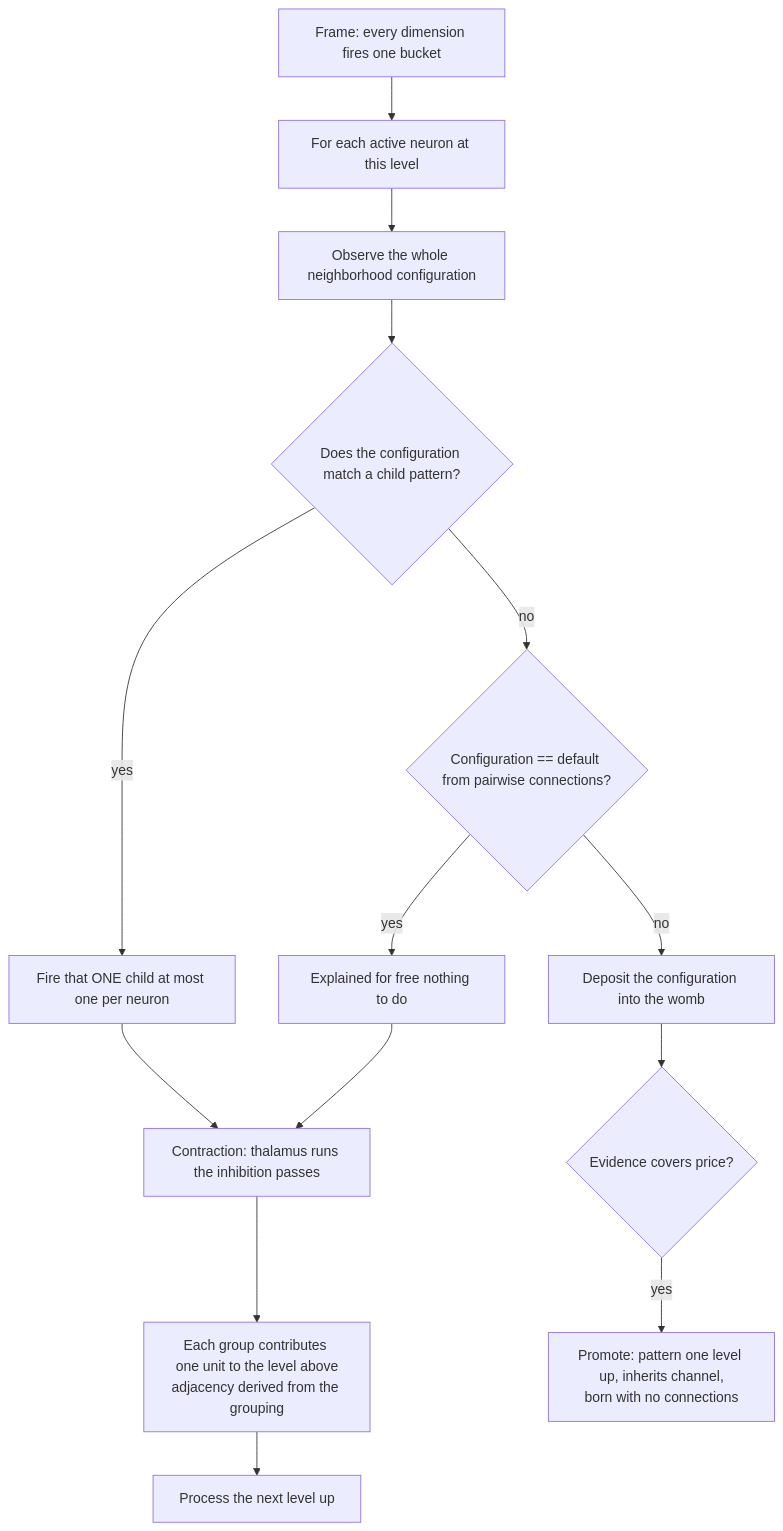
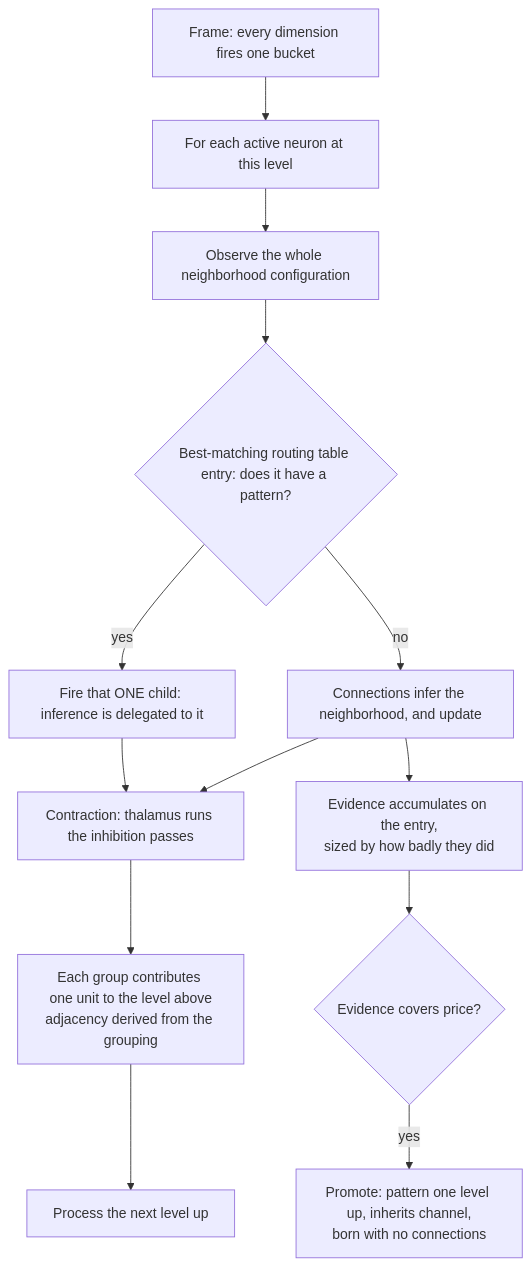
The diagram in docs/algorithm.md (cucar/robot_brain), drawn with Mermaid before and after one commit. The commit also changed other lines of this file, not shown here.

````diff
--- a/docs/algorithm.md
+++ b/docs/algorithm.md
@@ -209,16 +369,15 @@
 ```mermaid
 flowchart TD
     A[Frame: every dimension fires one bucket] --> B[For each active neuron at this level]
     B --> C[Observe the whole neighborhood configuration]
-    C --> D{Does the configuration match a child pattern?}
-    D -->|yes| E[Fire that ONE child at most one per neuron]
-    D -->|no| F{Configuration == default from pairwise connections?}
-    F -->|yes| G[Explained for free nothing to do]
-    F -->|no| H[Deposit the configuration into the womb]
+    C --> D{Best-matching routing table entry: does it have a pattern?}
+    D -->|yes| E[Fire that ONE child: inference is delegated to it]
+    D -->|no| F[Connections infer the neighborhood, and update]
+    F --> H[Evidence accumulates on the entry,<br/>sized by how badly they did]
     H --> I{Evidence covers price?}
     I -->|yes| J[Promote: pattern one level up, inherits channel,<br/>born with no connections]
     E --> K[Contraction: thalamus runs the inhibition passes]
-    G --> K
+    F --> K
     K --> L[Each group contributes one unit to the level above<br/>adjacency derived from the grouping]
     L --> M[Process the next level up]
 ```
````
